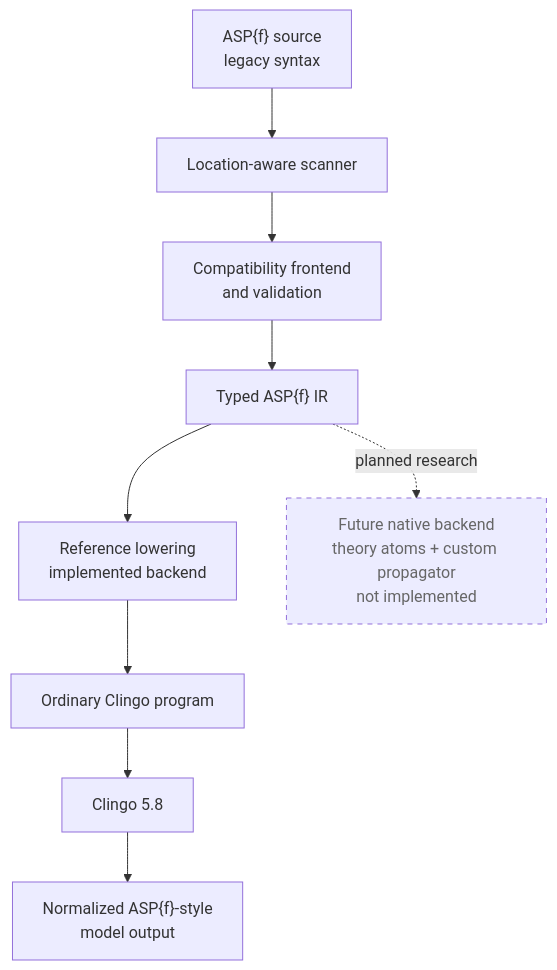
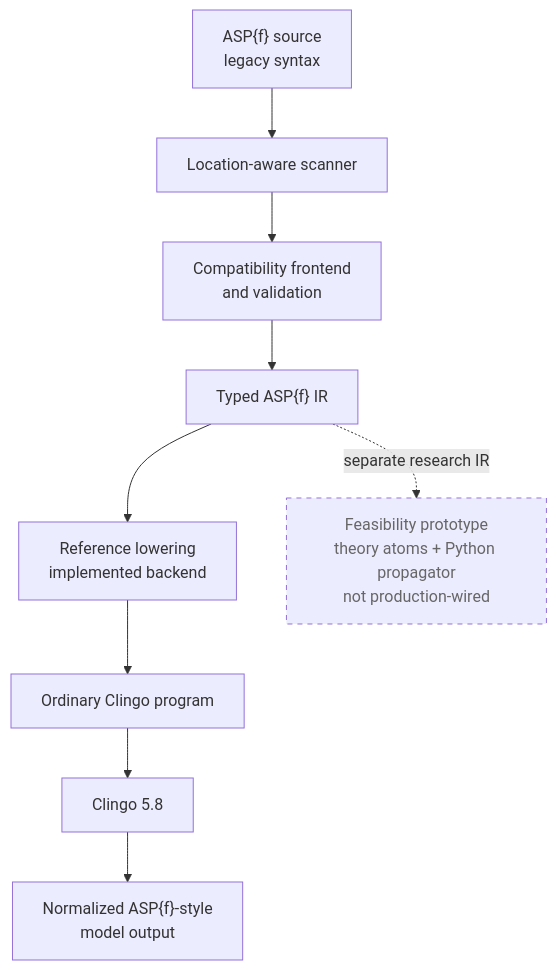
Before and after one commit to dylanflynn477/ASPf-next: the diagram in docs/architecture.md, drawn with Mermaid. The commit also changed other lines of this file and 9 other files, not shown here.

Commit message:
docs: publish native feasibility result

````diff
--- a/docs/architecture.md
+++ b/docs/architecture.md
@@ -7,15 +7,15 @@
 ```mermaid
 flowchart TD
     source["ASP{f} source<br/>legacy syntax"] --> scanner["Location-aware scanner"]
     scanner --> frontend["Compatibility frontend<br/>and validation"]
     frontend --> ir["Typed ASP{f} IR"]
     ir --> lowering["Reference lowering<br/>implemented backend"]
     lowering --> ordinary["Ordinary Clingo program"]
     ordinary --> clingo["Clingo 5.8"]
     clingo --> output["Normalized ASP{f}-style<br/>model output"]
 
-    ir -. planned research .-> native["Future native backend<br/>theory atoms + custom propagator<br/>not implemented"]
+    ir -. separate research IR .-> native["Feasibility prototype<br/>theory atoms + Python propagator<br/>not production-wired"]
 
     classDef planned stroke-dasharray: 5 5,color:#666;
     class native planned;
 ```
````
